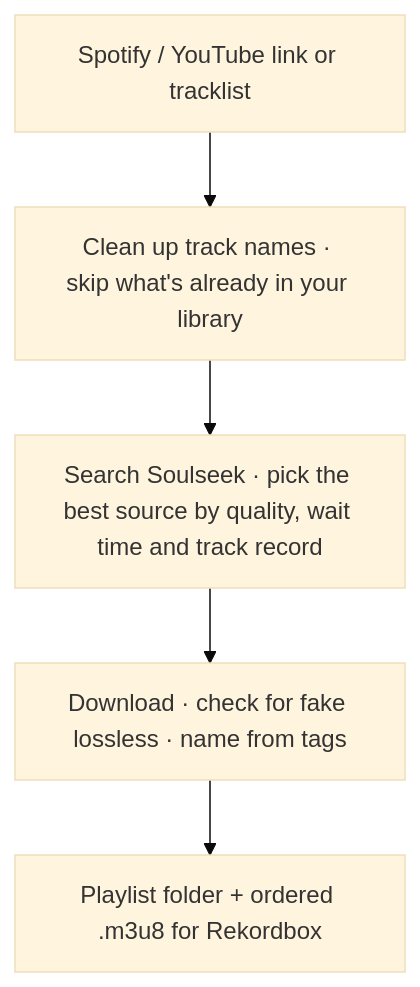
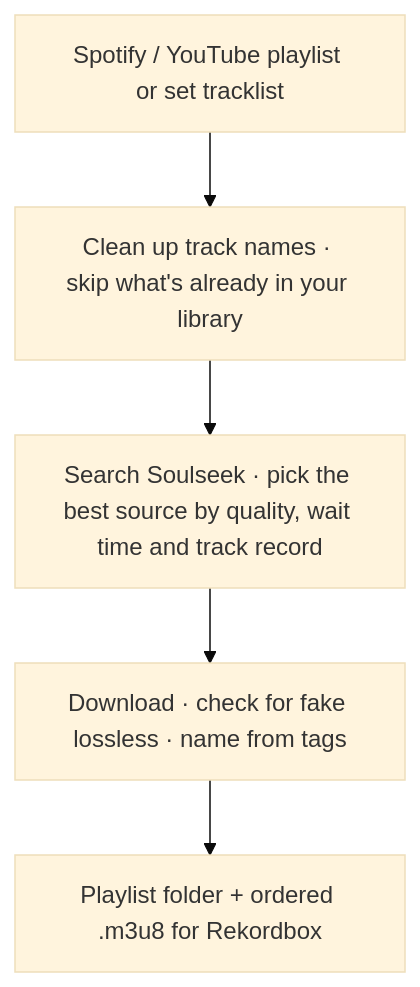
Before and after one commit to oguzsamsa/djpull: the diagram in README.md, drawn with Mermaid (base theme). The commit also changed other lines of this file, not shown here.

Commit message:
README: tracklist pages, right-file matching, German

````diff
--- a/README.md
+++ b/README.md
@@ -44,7 +45,7 @@
 ```mermaid
 flowchart TD
-  A["Spotify / YouTube link or tracklist"] --> B["Clean up track names · skip what's already in your library"]
+  A["Spotify / YouTube playlist or set tracklist"] --> B["Clean up track names · skip what's already in your library"]
   B --> C["Search Soulseek · pick the best source by quality, wait time and track record"]
   C --> D["Download · check for fake lossless · name from tags"]
   D --> E["Playlist folder + ordered .m3u8 for Rekordbox"]
 ```
````
